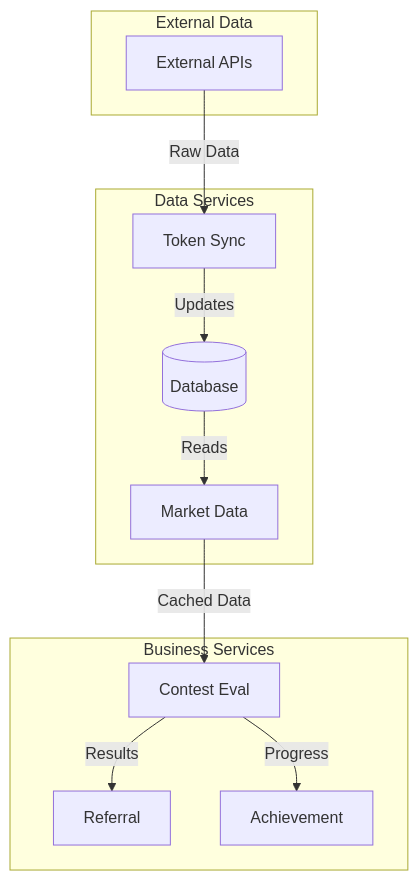
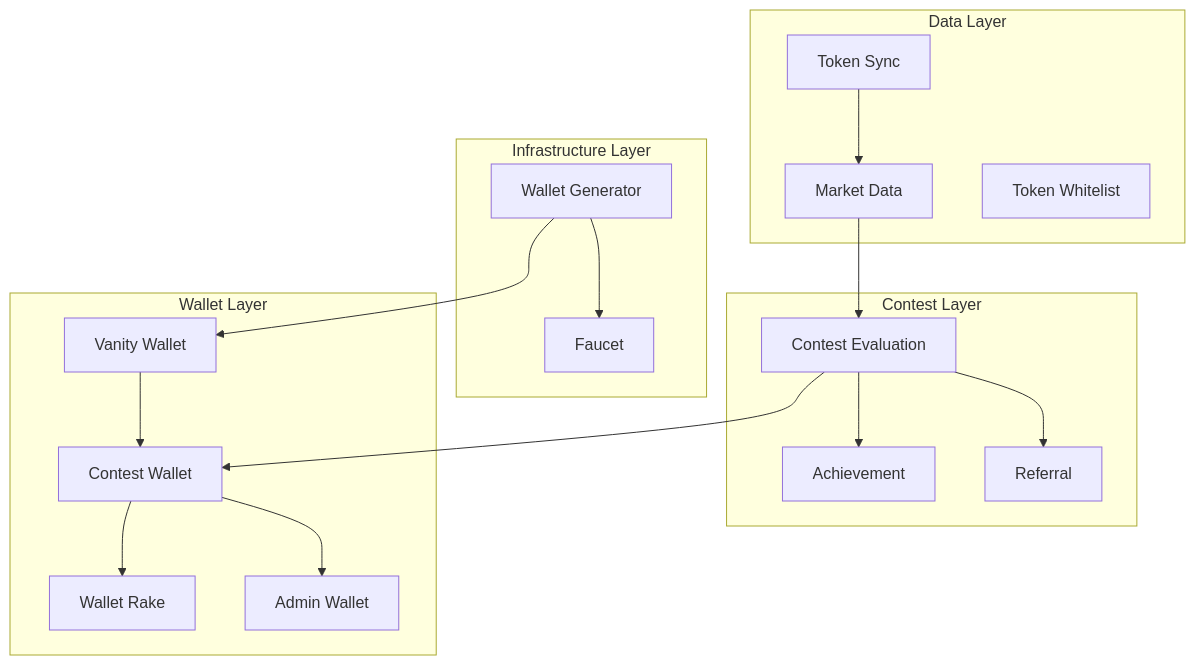
Before and after one commit to BranchManager69/degenduel: the diagram in docs_important/Core Services/**BASE_SERVICE_ARCHITECTURE.md, drawn with Mermaid. The commit also changed other lines of this file and 10 other files, not shown here.

````diff
--- a/docs_important/Core Services/**BASE_SERVICE_ARCHITECTURE.md
+++ b/docs_important/Core Services/**BASE_SERVICE_ARCHITECTURE.md
@@ -311,25 +10,37 @@
 ```mermaid
 graph TD
-    subgraph "External Data"
-        EXT[External APIs]
+    subgraph "Infrastructure Layer"
+        WG[Wallet Generator]
+        FC[Faucet]
     end
-    
-    subgraph "Data Services"
+
+    subgraph "Data Layer"
         TS[Token Sync]
         MD[Market Data]
-        DB[(Database)]
+        WL[Token Whitelist]
     end
-    
-    subgraph "Business Services"
-        CE[Contest Eval]
+
+    subgraph "Contest Layer"
+        CE[Contest Evaluation]
+        ACH[Achievement]
         RF[Referral]
-        ACH[Achievement]
     end
-    
-    EXT -->|Raw Data| TS
-    TS -->|Updates| DB
-    DB -->|Reads| MD
-    MD -->|Cached Data| CE
-    CE -->|Results| RF
-    CE -->|Progress| ACH
+
+    subgraph "Wallet Layer"
+        CW[Contest Wallet]
+        VW[Vanity Wallet]
+        WR[Wallet Rake]
+        AW[Admin Wallet]
+    end
+
+    WG --> VW
+    WG --> FC
+    TS --> MD
+    MD --> CE
+    CE --> ACH
+    CE --> RF
+    CE --> CW
+    VW --> CW
+    CW --> WR
+    CW --> AW
 ```
````
